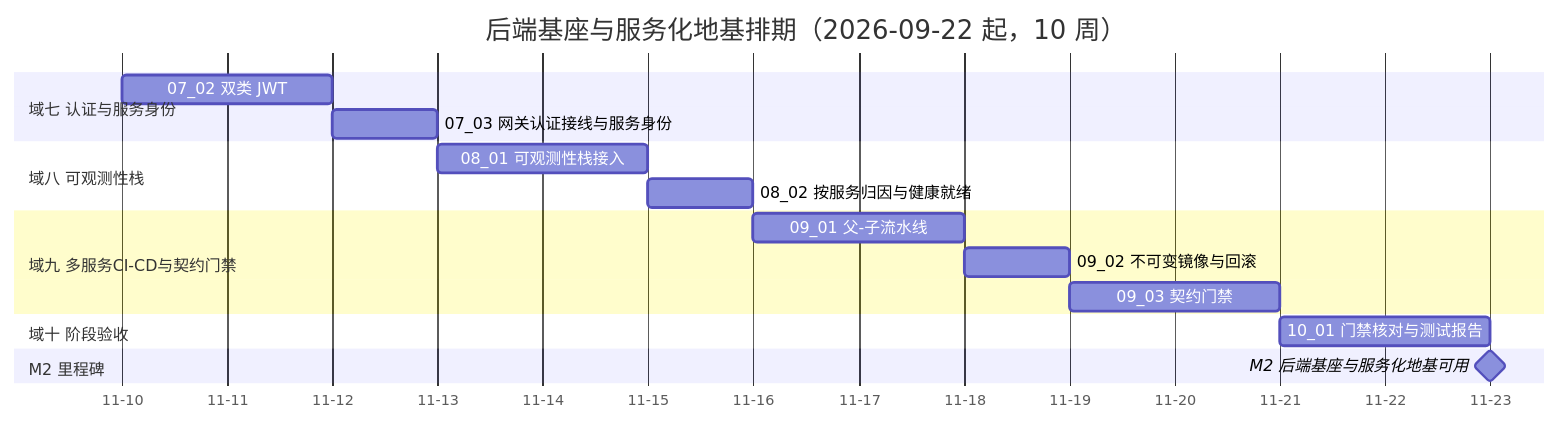
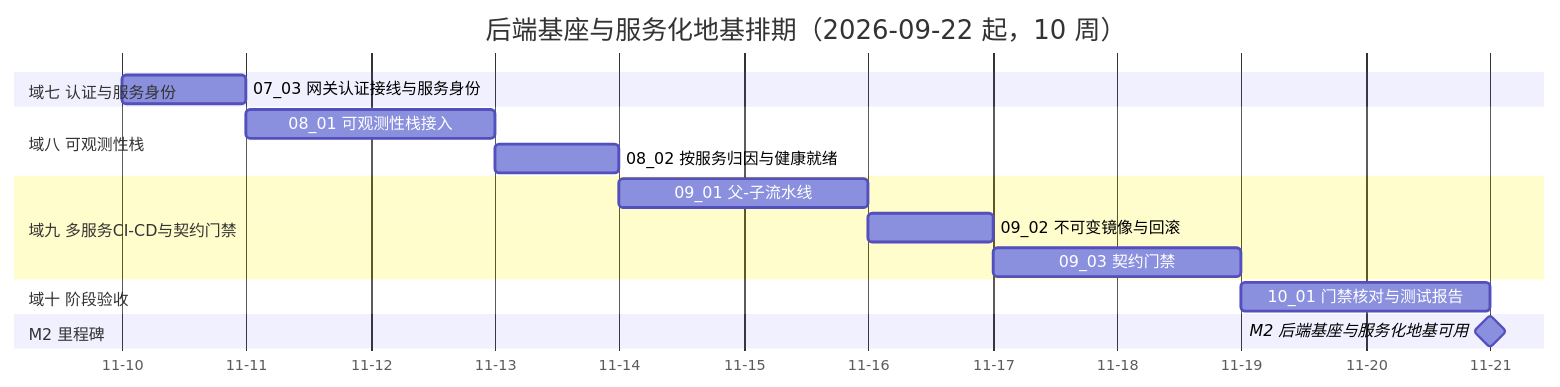
One commit to minjian123/basic-management-system changed the diagram in bms文档/项目/02_后端基座与服务化地基/计划/01_计划_后端基座与服务化地基.md. Above: the diagram before and after it, drawn with Mermaid. The commit also changed other lines of this file and 10 other files, not shown here.

````diff
--- a/bms文档/项目/02_后端基座与服务化地基/计划/01_计划_后端基座与服务化地基.md
+++ b/bms文档/项目/02_后端基座与服务化地基/计划/01_计划_后端基座与服务化地基.md
@@ -58,20 +58,19 @@
 ```mermaid
 gantt
     title 后端基座与服务化地基排期（2026-09-22 起，10 周）
     dateFormat  YYYY-MM-DD
     axisFormat %m-%d
     section 域七 认证与服务身份
-    07_02 双类 JWT :a0702, 2026-11-10, 2d
-    07_03 网关认证接线与服务身份 :a0703, after a0702, 1d
+    07_03 网关认证接线与服务身份 :a0703, 2026-11-10, 1d
     section 域八 可观测性栈
     08_01 可观测性栈接入 :a0801, after a0703, 2d
     08_02 按服务归因与健康就绪 :a0802, after a0801, 1d
     section 域九 多服务CI-CD与契约门禁
     09_01 父-子流水线 :a0901, after a0802, 2d
     09_02 不可变镜像与回滚 :a0902, after a0901, 1d
     09_03 契约门禁 :a0903, after a0902, 2d
     section 域十 阶段验收
     10_01 门禁核对与测试报告 :a1001, after a0903, 2d
     section M2 里程碑
     M2 后端基座与服务化地基可用 :milestone, mm2, after a1001, 0d
 ```
````
